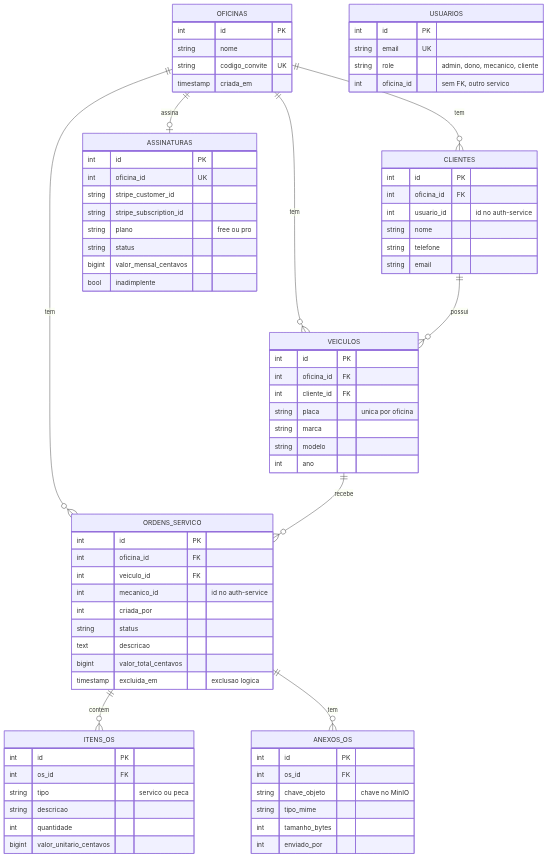
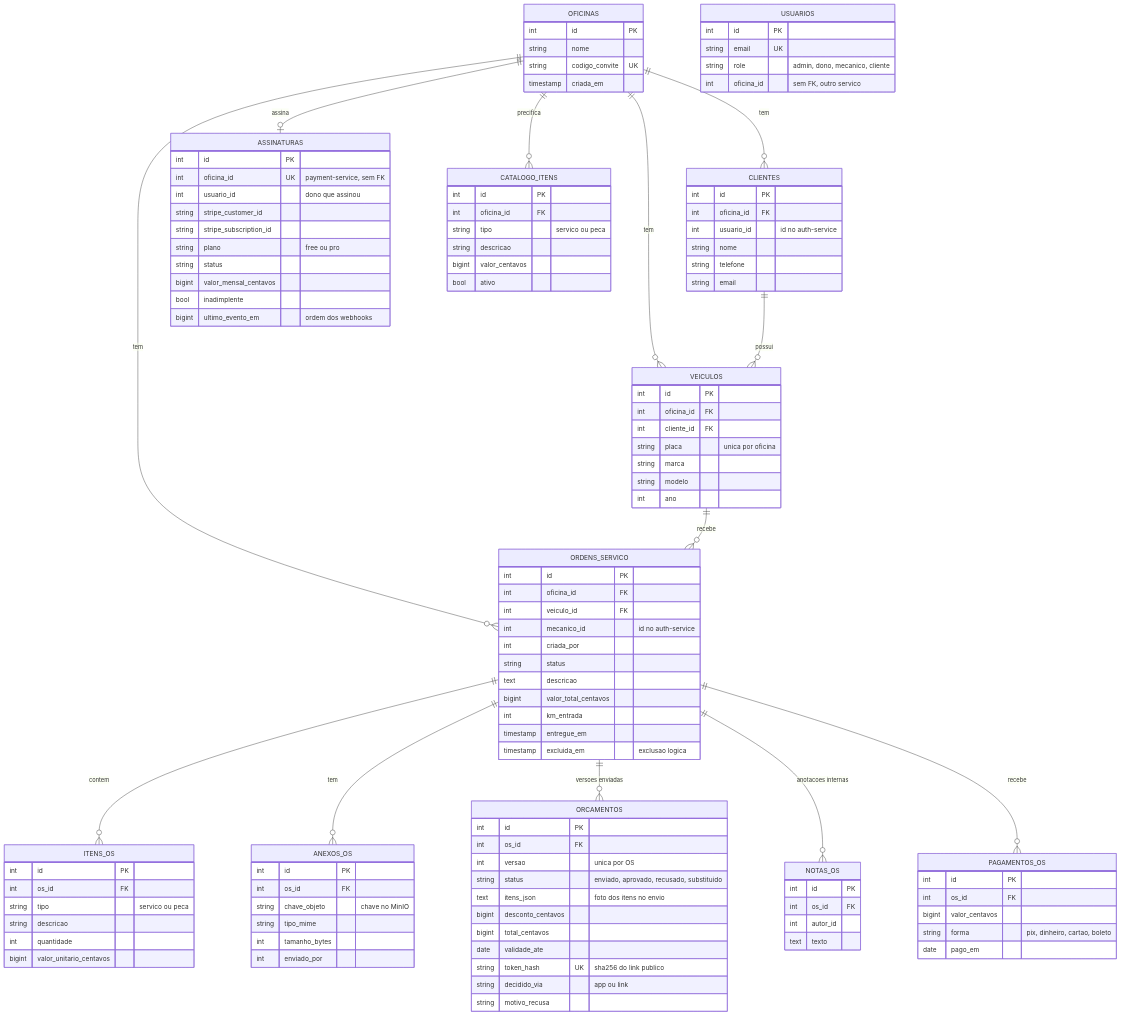
One commit to JoaoVSerrano/OficinaOS changed the diagram in docs/p2/diagramas/modelo-dados.mmd. Above: the diagram before and after it, drawn with Mermaid. The commit also changed 10 other files, not shown here.

First line of the commit message:
docs(p2): rascunho do relatório, diagramas e prints da A8 e da A9

```diff
--- a/docs/p2/diagramas/modelo-dados.mmd
+++ b/docs/p2/diagramas/modelo-dados.mmd
@@ -1,75 +1,117 @@
 erDiagram
     OFICINAS ||--o{ CLIENTES : tem
     OFICINAS ||--o{ VEICULOS : tem
     OFICINAS ||--o{ ORDENS_SERVICO : tem
     CLIENTES ||--o{ VEICULOS : possui
     VEICULOS ||--o{ ORDENS_SERVICO : recebe
     ORDENS_SERVICO ||--o{ ITENS_OS : contem
     ORDENS_SERVICO ||--o{ ANEXOS_OS : tem
     OFICINAS ||--o| ASSINATURAS : assina
+    OFICINAS ||--o{ CATALOGO_ITENS : precifica
+    ORDENS_SERVICO ||--o{ ORCAMENTOS : "versoes enviadas"
+    ORDENS_SERVICO ||--o{ NOTAS_OS : "anotacoes internas"
+    ORDENS_SERVICO ||--o{ PAGAMENTOS_OS : recebe
     OFICINAS {
         int id PK
         string nome
         string codigo_convite UK
         timestamp criada_em
     }
     CLIENTES {
         int id PK
         int oficina_id FK
         int usuario_id "id no auth-service"
         string nome
         string telefone
         string email
     }
     VEICULOS {
         int id PK
         int oficina_id FK
         int cliente_id FK
         string placa "unica por oficina"
         string marca
         string modelo
         int ano
     }
     ORDENS_SERVICO {
         int id PK
         int oficina_id FK
         int veiculo_id FK
         int mecanico_id "id no auth-service"
         int criada_por
         string status
         text descricao
         bigint valor_total_centavos
+        int km_entrada
+        timestamp entregue_em
         timestamp excluida_em "exclusao logica"
+    }
+    ORCAMENTOS {
+        int id PK
+        int os_id FK
+        int versao "unica por OS"
+        string status "enviado, aprovado, recusado, substituido"
+        text itens_json "foto dos itens no envio"
+        bigint desconto_centavos
+        bigint total_centavos
+        date validade_ate
+        string token_hash UK "sha256 do link publico"
+        string decidido_via "app ou link"
+        string motivo_recusa
+    }
+    NOTAS_OS {
+        int id PK
+        int os_id FK
+        int autor_id
+        text texto
+    }
+    CATALOGO_ITENS {
+        int id PK
+        int oficina_id FK
+        string tipo "servico ou peca"
+        string descricao
+        bigint valor_centavos
+        bool ativo
+    }
+    PAGAMENTOS_OS {
+        int id PK
+        int os_id FK
+        bigint valor_centavos
+        string forma "pix, dinheiro, cartao, boleto"
+        date pago_em
     }
     ITENS_OS {
         int id PK
         int os_id FK
         string tipo "servico ou peca"
         string descricao
         int quantidade
         bigint valor_unitario_centavos
     }
     ANEXOS_OS {
         int id PK
         int os_id FK
         string chave_objeto "chave no MinIO"
         string tipo_mime
         int tamanho_bytes
         int enviado_por
     }
     ASSINATURAS {
         int id PK
-        int oficina_id UK
+        int oficina_id UK "payment-service, sem FK"
+        int usuario_id "dono que assinou"
         string stripe_customer_id
         string stripe_subscription_id
         string plano "free ou pro"
         string status
         bigint valor_mensal_centavos
         bool inadimplente
+        bigint ultimo_evento_em "ordem dos webhooks"
     }
     USUARIOS {
         int id PK
         string email UK
         string role "admin, dono, mecanico, cliente"
         int oficina_id "sem FK, outro servico"
     }
```
